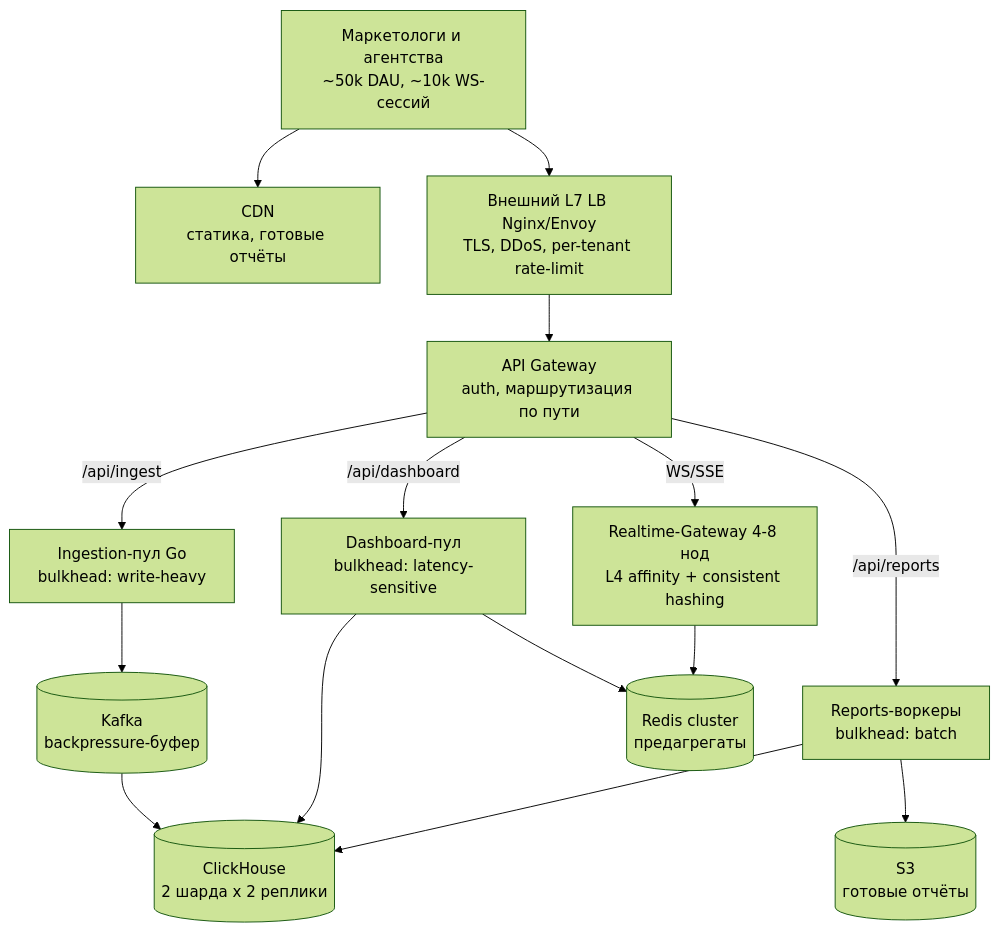
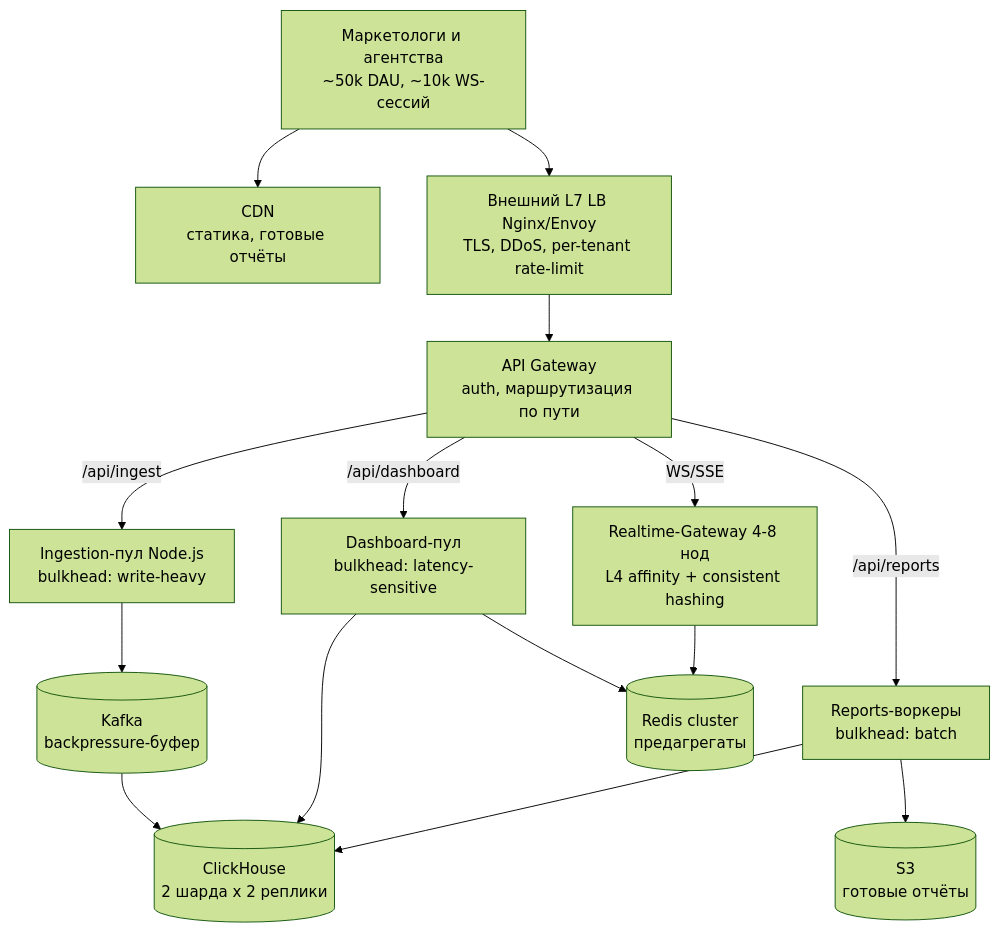
Diagram 16 of 20 in System Design/9. Backend System Design Interview Pipeline (Marketing Dashboard).md (A1doranM/HowProgrammingWork), drawn with Mermaid (forest theme) before and after one commit. The commit also changed other lines of this file, not shown here.

````diff
--- a/System Design/9. Backend System Design Interview Pipeline (Marketing Dashboard).md
+++ b/System Design/9. Backend System Design Interview Pipeline (Marketing Dashboard).md
@@ -2227,17 +2227,17 @@
 ```mermaid
 graph TD
     U["Маркетологи и агентства<br/>~50k DAU, ~10k WS-сессий"] --> CDN["CDN<br/>статика, готовые отчёты"]
     U --> EDGE["Внешний L7 LB Nginx/Envoy<br/>TLS, DDoS, per-tenant rate-limit"]
     EDGE --> GW["API Gateway<br/>auth, маршрутизация по пути"]
-    GW -->|"/api/ingest"| INGEST["Ingestion-пул Go<br/>bulkhead: write-heavy"]
+    GW -->|"/api/ingest"| INGEST["Ingestion-пул Node.js<br/>bulkhead: write-heavy"]
     GW -->|"/api/dashboard"| DASH["Dashboard-пул<br/>bulkhead: latency-sensitive"]
     GW -->|"/api/reports"| REP["Reports-воркеры<br/>bulkhead: batch"]
     GW -->|"WS/SSE"| RT["Realtime-Gateway 4-8 нод<br/>L4 affinity + consistent hashing"]
     INGEST --> K[("Kafka<br/>backpressure-буфер")]
     K --> CH[("ClickHouse<br/>2 шарда x 2 реплики")]
     DASH --> RDS[("Redis cluster<br/>предагрегаты")]
     DASH --> CH
     RT --> RDS
     REP --> CH
     REP --> S3[("S3<br/>готовые отчёты")]
 ```
````
